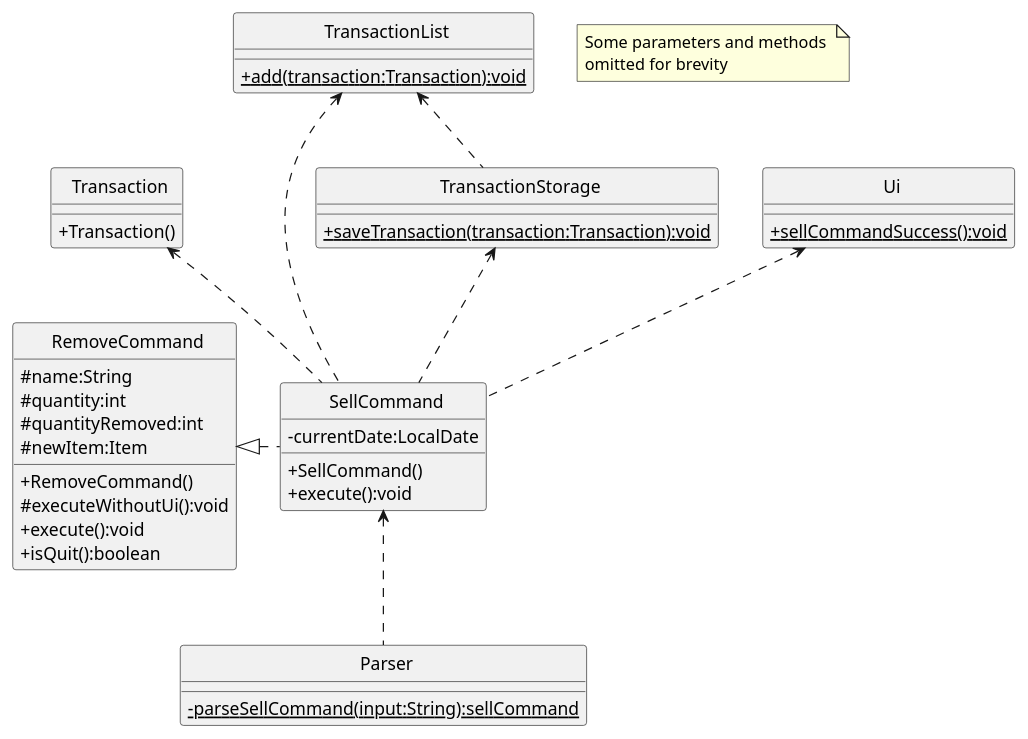
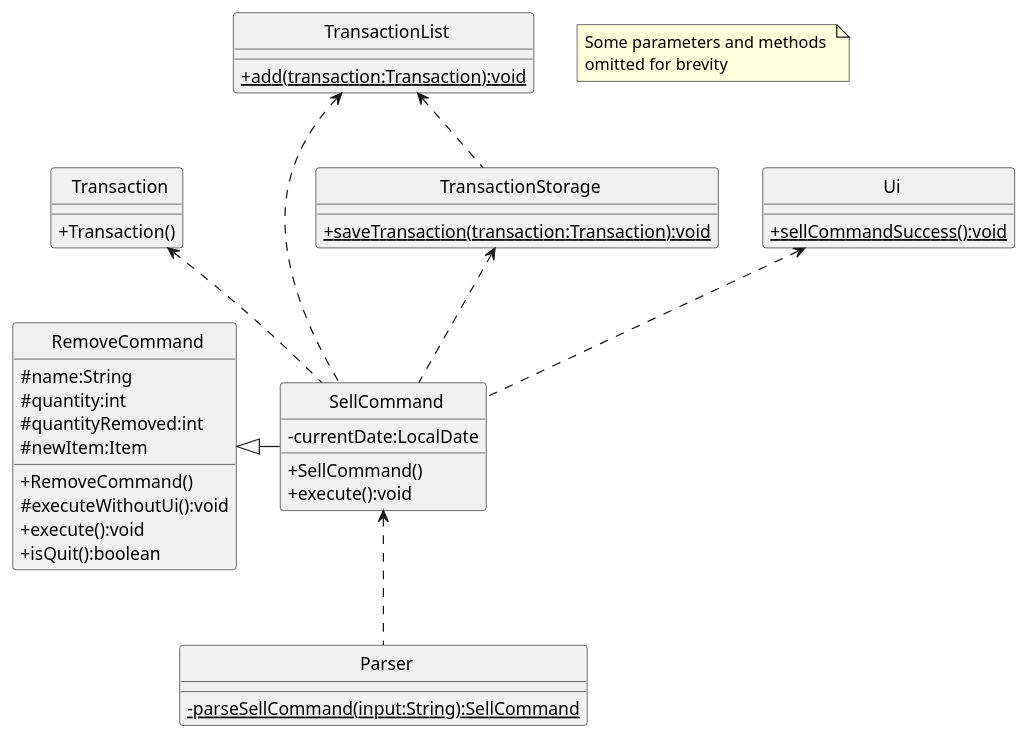
The first of 2 diagrams in docs/uml-diagrams/SellCommand.puml (rismm/tp), drawn with PlantUML before and after one commit. The commit also changed 16 other files, not shown here.

```diff
--- a/docs/uml-diagrams/SellCommand.puml
+++ b/docs/uml-diagrams/SellCommand.puml
@@ -1,62 +1,62 @@
 @startuml
 'https://plantuml.com/class-diagram
 skinparam classAttributeIconSize 0
 skinparam CircledCharacterFontSize 0
 skinparam CircledCharacterRadius 0
 
 class RemoveCommand
 class SellCommand
 class Parser
 class Transaction
 class TransactionList
 class TransactionStorage
 class Ui
 
-RemoveCommand <|. SellCommand
+RemoveCommand <|- SellCommand
 Transaction <.. SellCommand
 Ui <.. SellCommand
 TransactionList <.. SellCommand
 SellCommand <.. Parser
 TransactionStorage <.. SellCommand
 TransactionList <.. TransactionStorage
 
 class RemoveCommand {
     #name:String
     #quantity:int
     #quantityRemoved:int
     #newItem:Item
     +RemoveCommand()
     #executeWithoutUi():void
     +execute():void
     +isQuit():boolean
 }
 
 class SellCommand {
     -currentDate:LocalDate
     +SellCommand()
     +execute():void
 }
 
 class Transaction {
     +Transaction()
 }
 
 class TransactionList {
     {static}+add(transaction:Transaction):void
 }
 
 class Ui {
     {static}+sellCommandSuccess():void
 }
 
 class Parser {
-    {static}-parseSellCommand(input:String):sellCommand
+    {static}-parseSellCommand(input:String):SellCommand
 }
 
 class TransactionStorage {
     {static}+saveTransaction(transaction:Transaction):void
 }
 
 note "Some parameters and methods \nomitted for brevity" as n1
 
 @enduml
```
